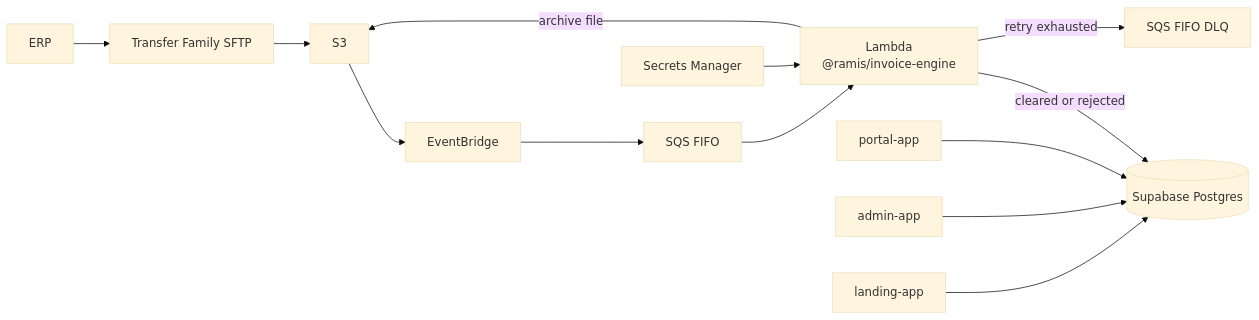
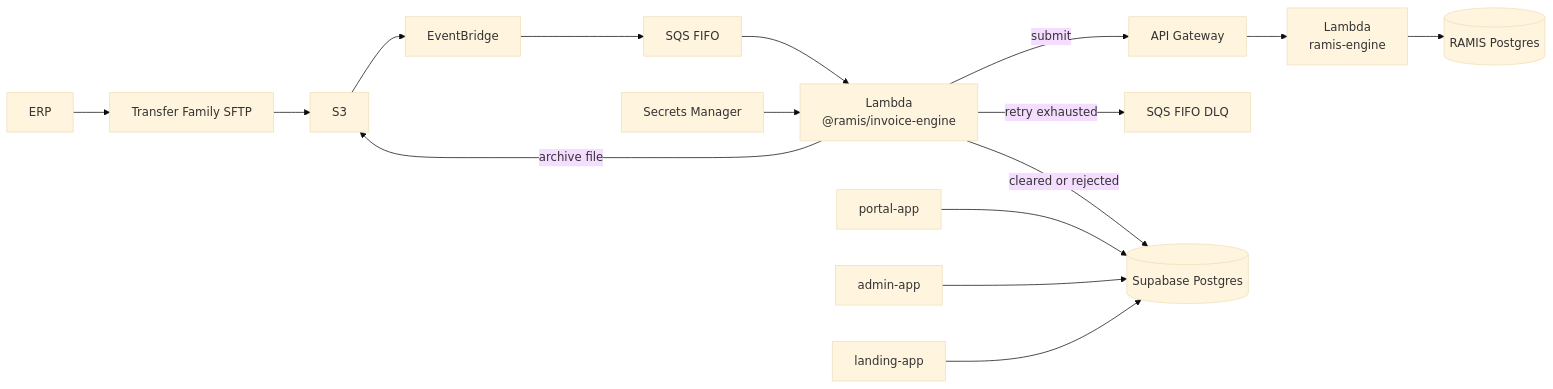
The first of 2 diagrams in docs/architecture.md (bumuthu/invoz), drawn with Mermaid (base theme) before and after one commit. The commit also changed other lines of this file and 26 other files, not shown here.

Commit message:
ramis mock engine

````diff
--- a/docs/architecture.md
+++ b/docs/architecture.md
@@ -13,24 +13,28 @@
 ```mermaid
 flowchart LR
   erp[ERP]
   sftp[Transfer Family SFTP]
   s3[S3]
   events[EventBridge]
   fifo[SQS FIFO]
   lambda["Lambda<br/>@ramis/invoice-engine"]
+  apigw[API Gateway]
+  engine["Lambda<br/>ramis-engine"]
   secrets[Secrets Manager]
   dlq[SQS FIFO DLQ]
   db[("Supabase Postgres")]
+  ramisdb[("RAMIS Postgres")]
   portal[portal-app]
   admin[admin-app]
   landing[landing-app]
 
   erp --> sftp --> s3 --> events --> fifo --> lambda
   secrets --> lambda
   lambda -->|cleared or rejected| db
   lambda -->|retry exhausted| dlq
   lambda -->|archive file| s3
+  lambda -->|submit| apigw --> engine --> ramisdb
   portal --> db
   admin --> db
   landing --> db
 ```
````
